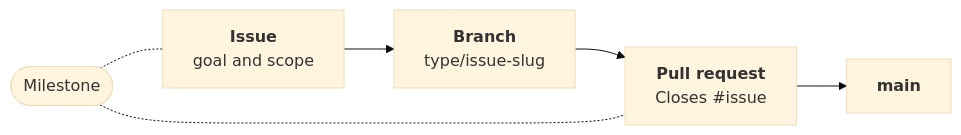
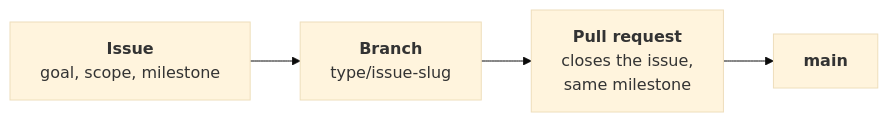
The second of 2 diagrams in README.md (NahuelGenchi/ocean-mist), drawn with Mermaid (base theme) before and after one commit. The commit also changed other lines of this file and 1 other file, not shown here.

First line of the commit message:
docs: header-less feature table and a simpler tracking diagram (#2)

````diff
--- a/README.md
+++ b/README.md
@@ -219,6 +249,4 @@
 ```mermaid
 flowchart LR
-    issue["<b>Issue</b><br/>goal and scope"] --> branch["<b>Branch</b><br/>type/issue-slug"] --> pr["<b>Pull request</b><br/>Closes #issue"] --> main["<b>main</b>"]
-    milestone(["Milestone"]) -.- issue
-    milestone -.- pr
+    issue["<b>Issue</b><br/>goal, scope, milestone"] --> branch["<b>Branch</b><br/>type/issue-slug"] --> pr["<b>Pull request</b><br/>closes the issue,<br/>same milestone"] --> main["<b>main</b>"]
 ```
````
